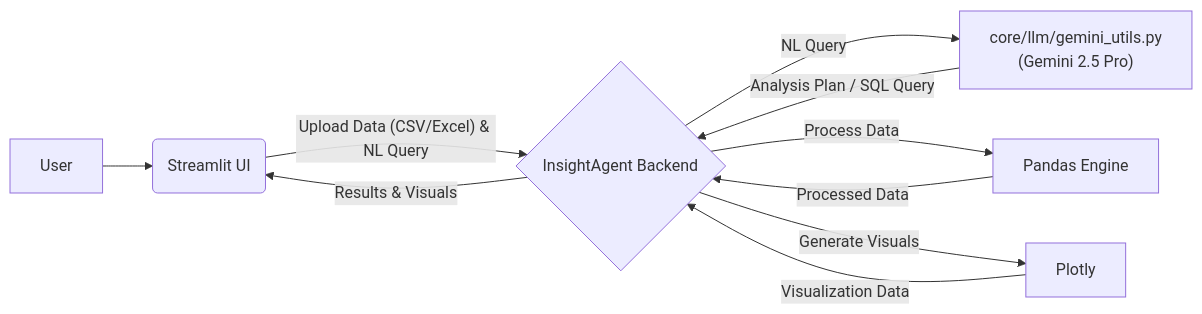
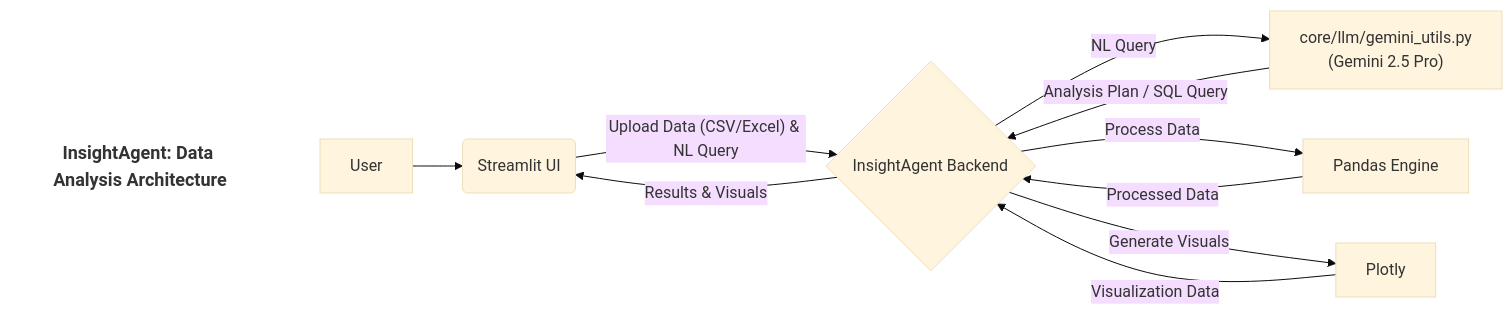
Before and after one commit to Mathews-Tom/IntelliForge-Applied-GenAI-Playbook: the fourth of 4 diagrams in docs/architecture.md, drawn with Mermaid. The commit also changed other lines of this file, not shown here.

Commit message:
Minor update in architecture graphs to include titles

````diff
--- a/docs/architecture.md
+++ b/docs/architecture.md
@@ -178,12 +202,20 @@
     ```mermaid
+    %%{init: {'theme': 'base', 'themeVariables': { 'titleColor': '#333', 'titleFontSize': '20px'}}}%%
     graph LR
+        %% Title at the top
+        classDef titleClass fill:none,stroke:none,color:#333,font-size:18px,font-weight:bold;
+        title["InsightAgent: Data Analysis Architecture"]:::titleClass;
+
         A[User] --> B(Streamlit UI);
         B -- Upload Data (CSV/Excel) & NL Query --> C{InsightAgent Backend};
         C -- NL Query --> D["core/llm/gemini_utils.py <br> (Gemini 2.5 Pro)"];
         D -- Analysis Plan / SQL Query --> C;
         C -- Process Data --> E[Pandas Engine];
         E -- Processed Data --> C;
         C -- Generate Visuals --> F[Plotly];
         F -- Visualization Data --> C;
         C -- Results & Visuals --> B;
+
+        %% Position title at the top
+        title ~~~ A;
     ```
````
